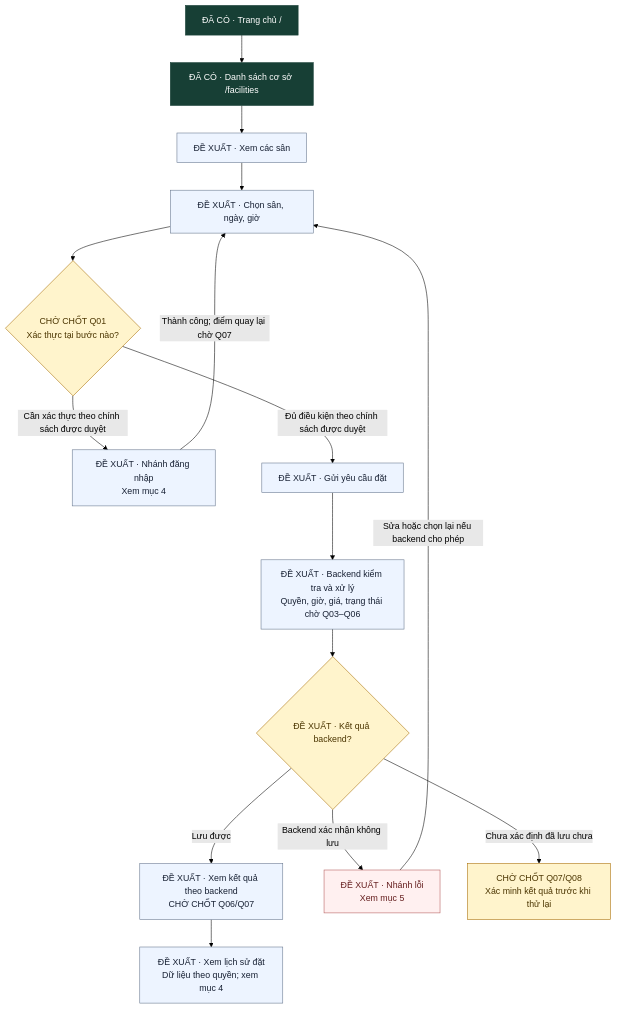
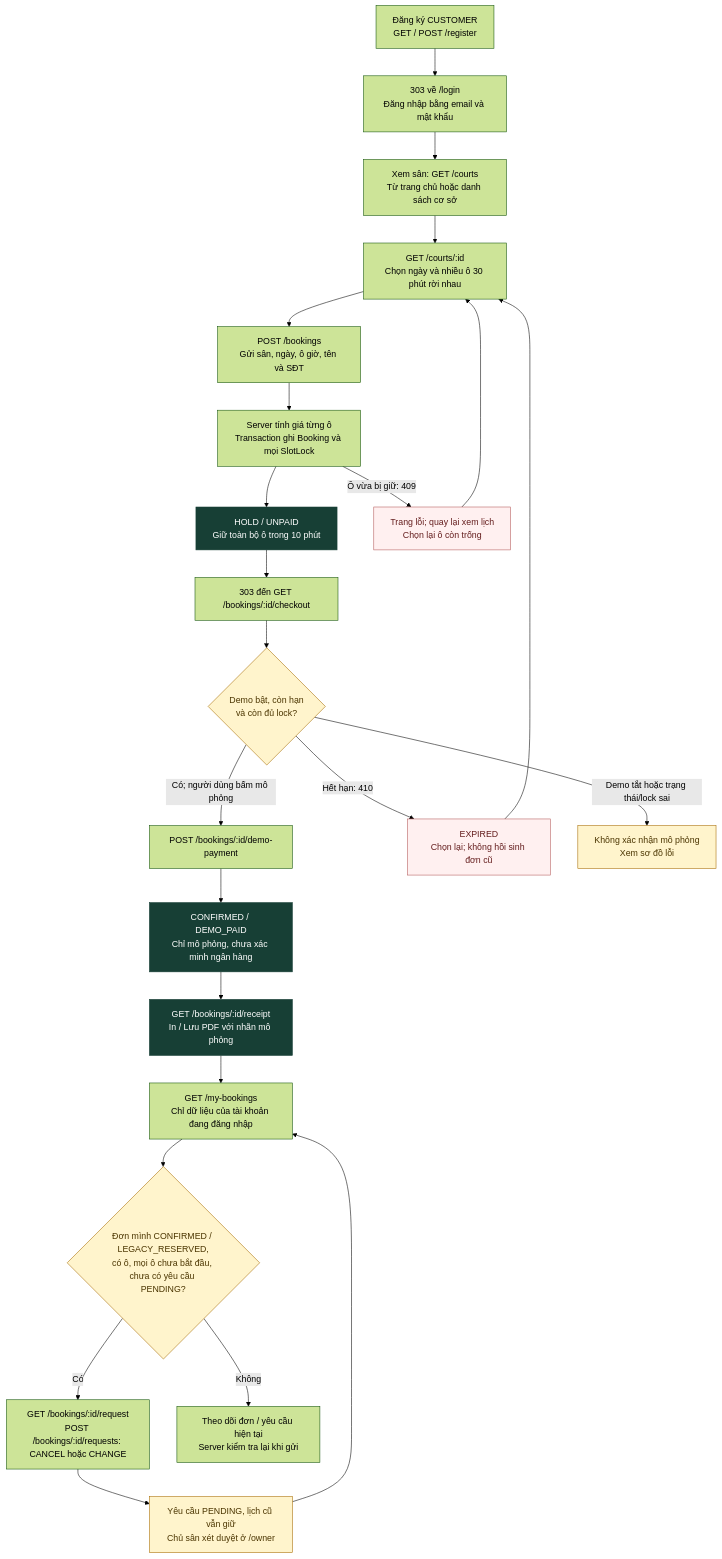
One commit to indominusrex932005-arch/dat-san-tu-dau changed the diagram in docs/luong-su-dung/luong-chinh.mmd. Above: the diagram before and after it, drawn with Mermaid (forest theme). The commit also changed 5 other files, not shown here.

```diff
--- a/docs/luong-su-dung/luong-chinh.mmd
+++ b/docs/luong-su-dung/luong-chinh.mmd
@@ -1,23 +1,29 @@
 flowchart TD
-    H["ĐÃ CÓ · Trang chủ /"] --> F["ĐÃ CÓ · Danh sách cơ sở /facilities"]
-    F --> C["ĐỀ XUẤT · Xem các sân"]
-    C --> S["ĐỀ XUẤT · Chọn sân, ngày, giờ"]
-    S --> G{"CHỜ CHỐT Q01<br/>Xác thực tại bước nào?"}
-    G -->|"Cần xác thực theo chính sách được duyệt"| A["ĐỀ XUẤT · Nhánh đăng nhập<br/>Xem mục 4"]
-    A -->|"Thành công; điểm quay lại chờ Q07"| S
-    G -->|"Đủ điều kiện theo chính sách được duyệt"| P["ĐỀ XUẤT · Gửi yêu cầu đặt"]
-    P --> B["ĐỀ XUẤT · Backend kiểm tra và xử lý<br/>Quyền, giờ, giá, trạng thái chờ Q03–Q06"]
-    B --> R{"ĐỀ XUẤT · Kết quả backend?"}
-    R -->|"Lưu được"| K["ĐỀ XUẤT · Xem kết quả theo backend<br/>CHỜ CHỐT Q06/Q07"]
-    K --> L["ĐỀ XUẤT · Xem lịch sử đặt<br/>Dữ liệu theo quyền; xem mục 4"]
-    R -->|"Backend xác nhận không lưu"| E["ĐỀ XUẤT · Nhánh lỗi<br/>Xem mục 5"]
-    R -->|"Chưa xác định đã lưu chưa"| U["CHỜ CHỐT Q07/Q08<br/>Xác minh kết quả trước khi thử lại"]
-    E -->|"Sửa hoặc chọn lại nếu backend cho phép"| S
-    classDef existing fill:#173f35,color:#ffffff,stroke:#173f35
-    classDef proposed fill:#edf4ff,color:#172033,stroke:#64748b
-    classDef pending fill:#fff4cc,color:#4b3500,stroke:#a66b00
+    A["Đăng ký CUSTOMER<br/>GET / POST /register"] --> B["303 về /login<br/>Đăng nhập bằng email và mật khẩu"]
+    B --> C["Xem sân: GET /courts<br/>Từ trang chủ hoặc danh sách cơ sở"]
+    C --> D["GET /courts/:id<br/>Chọn ngày và nhiều ô 30 phút rời nhau"]
+    D --> E["POST /bookings<br/>Gửi sân, ngày, ô giờ, tên và SĐT"]
+    E --> F["Server tính giá từng ô<br/>Transaction ghi Booking và mọi SlotLock"]
+    F --> H["HOLD / UNPAID<br/>Giữ toàn bộ ô trong 10 phút"]
+    F -->|"Ô vừa bị giữ: 409"| X["Trang lỗi; quay lại xem lịch<br/>Chọn lại ô còn trống"]
+    X --> D
+    H --> I["303 đến GET /bookings/:id/checkout"]
+    I --> J{"Demo bật, còn hạn<br/>và còn đủ lock?"}
+    J -->|"Có; người dùng bấm mô phỏng"| K["POST /bookings/:id/demo-payment"]
+    K --> L["CONFIRMED / DEMO_PAID<br/>Chỉ mô phỏng, chưa xác minh ngân hàng"]
+    L --> M["GET /bookings/:id/receipt<br/>In / Lưu PDF với nhãn mô phỏng"]
+    J -->|"Hết hạn: 410"| Y["EXPIRED<br/>Chọn lại; không hồi sinh đơn cũ"]
+    Y --> D
+    J -->|"Demo tắt hoặc trạng thái/lock sai"| Z["Không xác nhận mô phỏng<br/>Xem sơ đồ lỗi"]
+    M --> N["GET /my-bookings<br/>Chỉ dữ liệu của tài khoản đang đăng nhập"]
+    N --> O{"Đơn mình CONFIRMED / LEGACY_RESERVED,<br/>có ô, mọi ô chưa bắt đầu, chưa có yêu cầu PENDING?"}
+    O -->|"Có"| P["GET /bookings/:id/request<br/>POST /bookings/:id/requests: CANCEL hoặc CHANGE"]
+    P --> Q["Yêu cầu PENDING, lịch cũ vẫn giữ<br/>Chủ sân xét duyệt ở /owner"]
+    Q --> N
+    O -->|"Không"| R["Theo dõi đơn / yêu cầu hiện tại<br/>Server kiểm tra lại khi gửi"]
+    classDef done fill:#173f35,color:#fff,stroke:#173f35
+    classDef notice fill:#fff4cc,color:#4b3500,stroke:#a66b00
     classDef error fill:#fff0f0,color:#641d1d,stroke:#b45a5a
-    class H,F existing
-    class C,S,A,P,B,K,L proposed
-    class G,R,U pending
-    class E error
+    class H,L,M done
+    class J,O,Q,Z notice
+    class X,Y error
```
